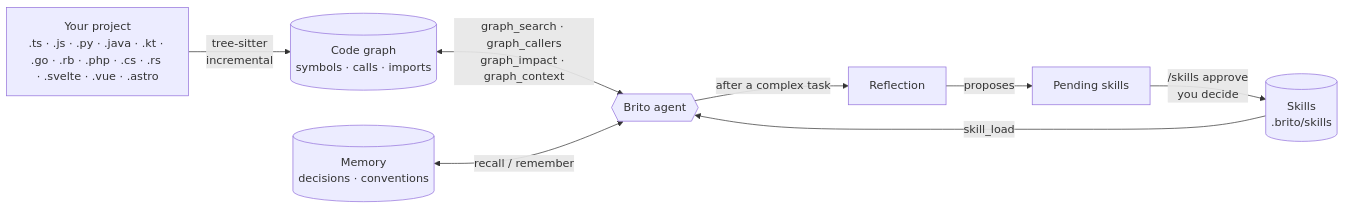
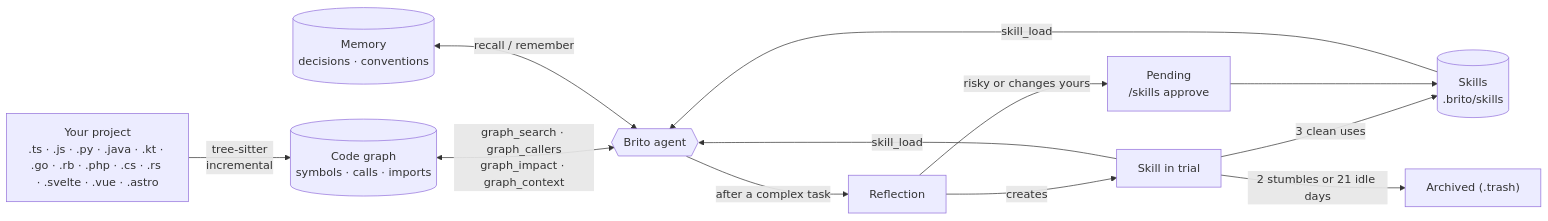
Before and after one commit to PedroMansanari1/brito: the diagram in README.md, drawn with Mermaid. The commit also changed other lines of this file and 44 other files, not shown here.

````diff
--- a/README.md
+++ b/README.md
@@ -26,10 +27,14 @@
 ```mermaid
 flowchart LR
     code["Your project<br/>.ts · .js · .py · .java · .kt · .go · .rb · .php · .cs · .rs · .svelte · .vue · .astro"] -->|"tree-sitter<br/>incremental"| cg[("Code graph<br/>symbols · calls · imports")]
     cg <-->|"graph_search · graph_callers<br/>graph_impact · graph_context"| agent{{"Brito agent"}}
     mem[("Memory<br/>decisions · conventions")] <-->|"recall / remember"| agent
     agent -->|"after a complex task"| learn["Reflection"]
-    learn -->|"proposes"| pending["Pending skills"]
-    pending -->|"/skills approve<br/>you decide"| skills[("Skills<br/>.brito/skills")]
+    learn -->|"creates"| trial["Skill in trial"]
+    trial -->|"3 clean uses"| skills[("Skills<br/>.brito/skills")]
+    trial -->|"2 stumbles or 21 idle days"| trash["Archived (.trash)"]
+    learn -->|"risky or changes yours"| pending["Pending<br/>/skills approve"]
+    pending --> skills
     skills -->|"skill_load"| agent
+    trial -->|"skill_load"| agent
 ```
````
